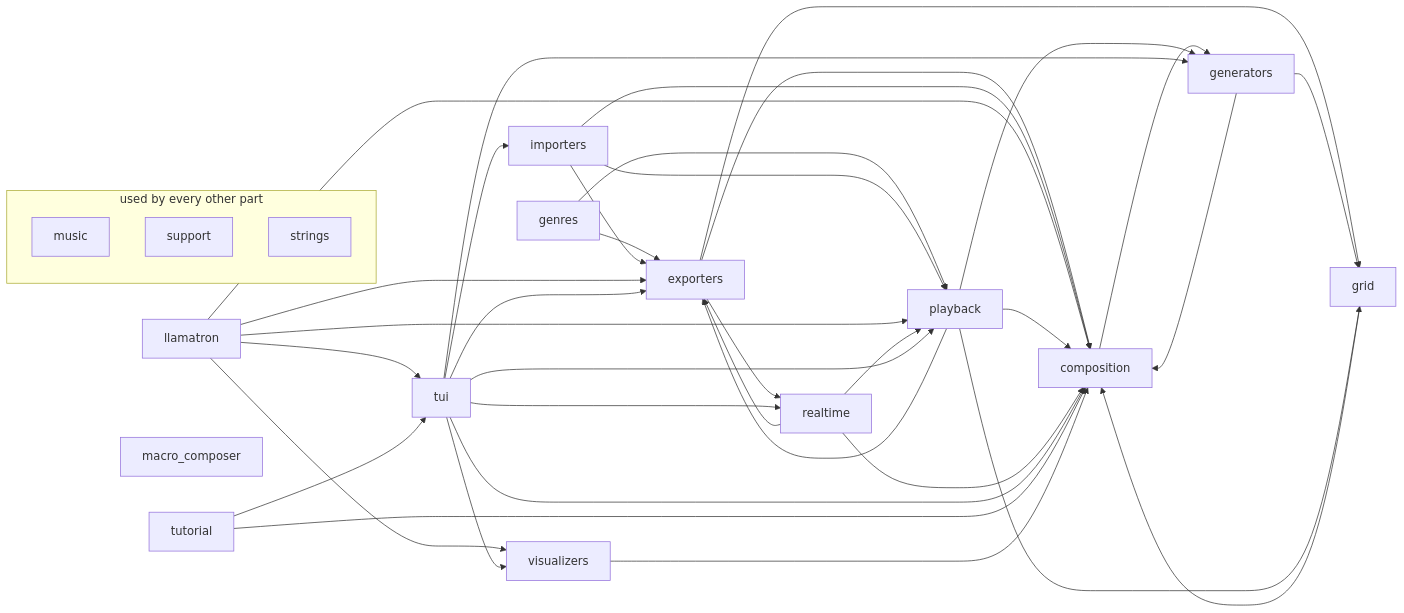
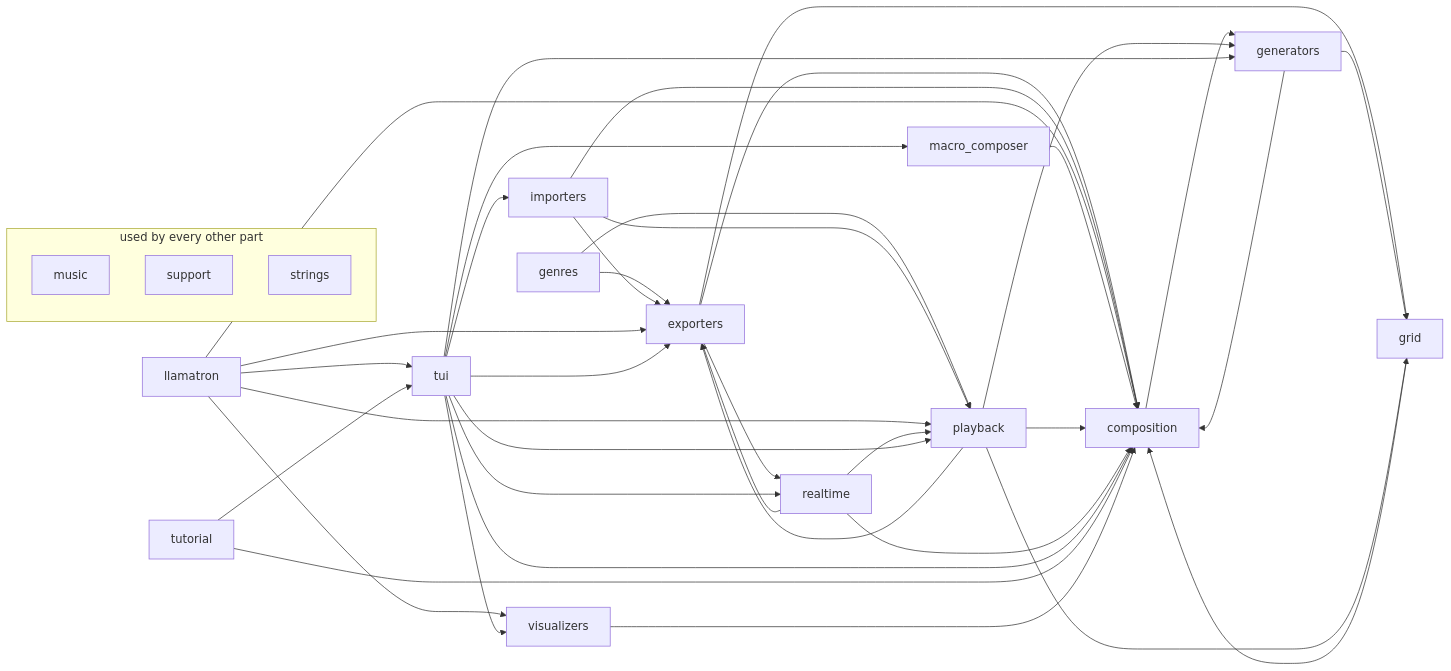
One commit to mpdehaan/llamatron changed the second of 2 diagrams in docs/ARCHITECTURE.md. Above: the diagram before and after it, drawn with Mermaid. The commit also changed 40 other files, not shown here.

````diff
--- a/docs/ARCHITECTURE.md
+++ b/docs/ARCHITECTURE.md
@@ -121,55 +121,57 @@
 ```mermaid
 flowchart LR
     tui["tui"]
     llamatron["llamatron"]
     composition["composition"]
     playback["playback"]
     generators["generators"]
     grid["grid"]
     exporters["exporters"]
     genres["genres"]
     importers["importers"]
     macro_composer["macro_composer"]
     realtime["realtime"]
     tutorial["tutorial"]
     visualizers["visualizers"]
     subgraph everywhere ["used by every other part"]
     music["music"]
     support["support"]
     strings["strings"]
     end
     composition --> generators
     exporters --> composition
     exporters --> grid
     exporters --> realtime
     generators --> composition
     generators --> grid
     genres --> exporters
     genres --> playback
     grid --> composition
     importers --> composition
     importers --> exporters
     importers --> playback
     llamatron --> composition
     llamatron --> exporters
     llamatron --> playback
     llamatron --> tui
     llamatron --> visualizers
+    macro_composer --> composition
     playback --> composition
     playback --> exporters
     playback --> generators
     playback --> grid
     realtime --> composition
     realtime --> exporters
     realtime --> playback
     tui --> composition
     tui --> exporters
     tui --> generators
     tui --> importers
+    tui --> macro_composer
     tui --> playback
     tui --> realtime
     tui --> visualizers
     tutorial --> composition
     tutorial --> tui
     visualizers --> composition
 ```
````
